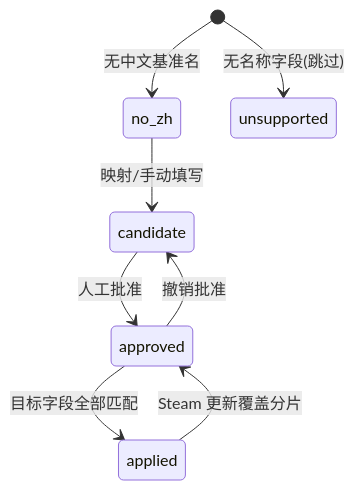
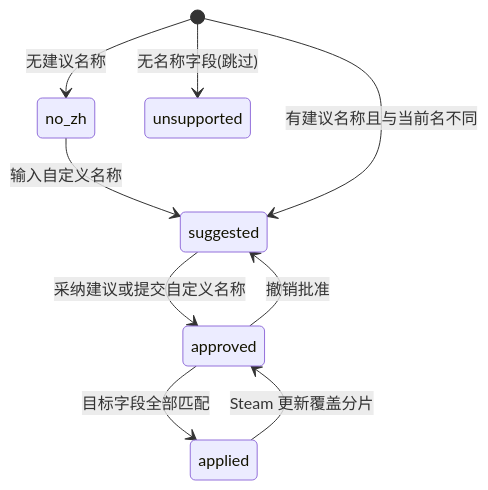
Before and after one commit to yguangjie365/SteamGameRename: the fourth of 5 diagrams in docs/开发者说明.md, drawn with Mermaid. The commit also changed other lines of this file and 18 other files, not shown here.

````diff
--- a/docs/开发者说明.md
+++ b/docs/开发者说明.md
@@ -259,10 +257,11 @@
 ```mermaid
 stateDiagram-v2
-    [*] --> no_zh: 无中文基准名
-    no_zh --> candidate: 映射/手动填写
-    candidate --> approved: 人工批准
+    [*] --> no_zh: 无建议名称
+    no_zh --> suggested: 输入自定义名称
+    [*] --> suggested: 有建议名称且与当前名不同
+    suggested --> approved: 采纳建议或提交自定义名称
     approved --> applied: 目标字段全部匹配
     applied --> approved: Steam 更新覆盖分片
-    approved --> candidate: 撤销批准
+    approved --> suggested: 撤销批准
     [*] --> unsupported: 无名称字段(跳过)
 ```
````
